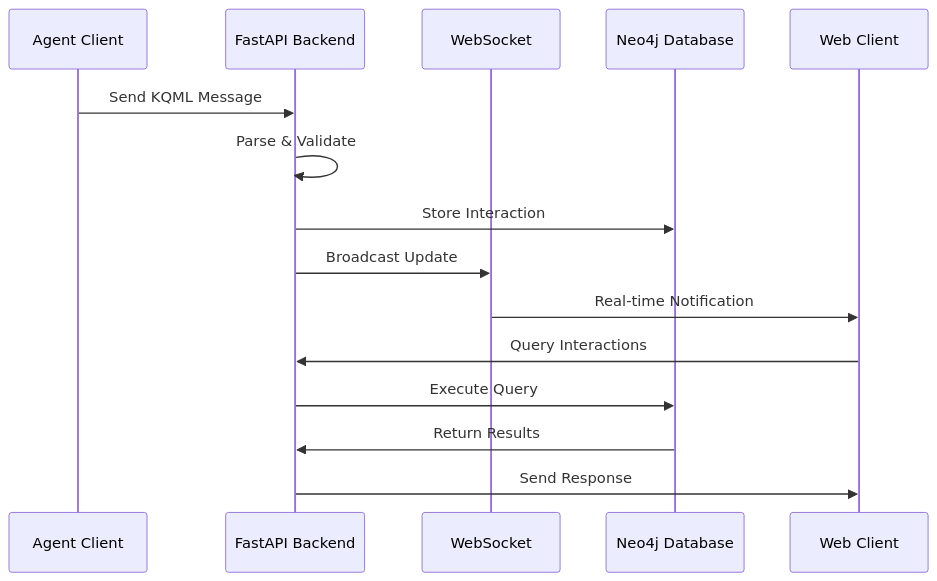
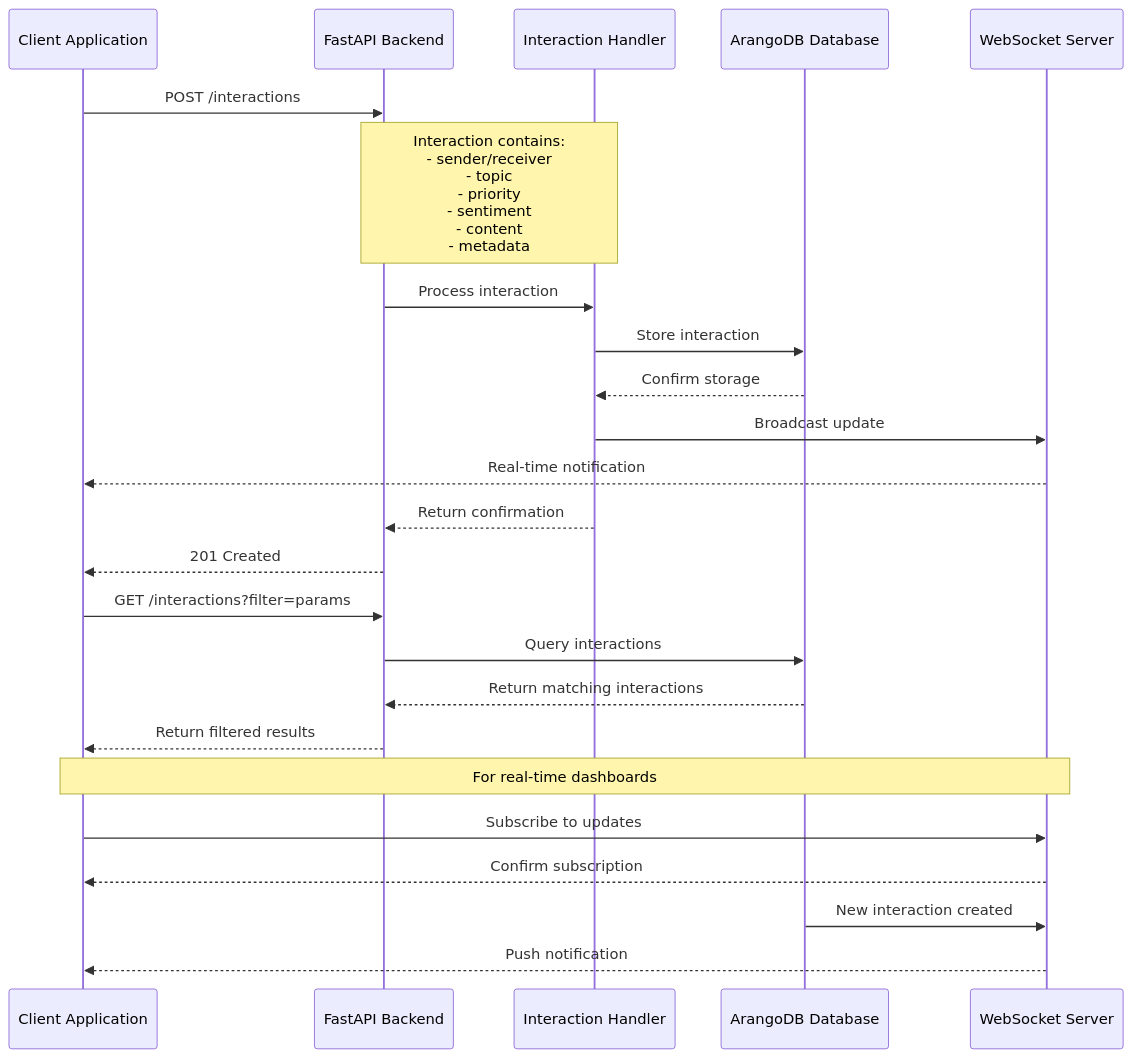
Before and after one commit to JtPerez-Acle/NeuroSpark: the third of 6 diagrams in README.md, drawn with Mermaid. The commit also changed other lines of this file and 45 other files, not shown here.

````diff
--- a/README.md
+++ b/README.md
@@ -230,19 +112,30 @@
 ```mermaid
 sequenceDiagram
-    participant Agent as Agent Client
+    participant Client as Client Application
     participant API as FastAPI Backend
-    participant WS as WebSocket
-    participant DB as Neo4j Database
-    participant Client as Web Client
-
-    Agent->>API: Send KQML Message
-    API->>API: Parse & Validate
-    API->>DB: Store Interaction
-    API->>WS: Broadcast Update
-    WS->>Client: Real-time Notification
+    participant Handler as Interaction Handler
+    participant DB as ArangoDB Database
+    participant WS as WebSocket Server
     
-    Client->>API: Query Interactions
-    API->>DB: Execute Query
-    DB->>API: Return Results
-    API->>Client: Send Response
+    Client->>API: POST /interactions
+    Note over API,Handler: Interaction contains:<br>- sender/receiver<br>- topic<br>- priority<br>- sentiment<br>- content<br>- metadata
+    
+    API->>Handler: Process interaction
+    Handler->>DB: Store interaction
+    DB-->>Handler: Confirm storage
+    Handler->>WS: Broadcast update
+    WS-->>Client: Real-time notification
+    Handler-->>API: Return confirmation
+    API-->>Client: 201 Created
+    
+    Client->>API: GET /interactions?filter=params
+    API->>DB: Query interactions
+    DB-->>API: Return matching interactions
+    API-->>Client: Return filtered results
+    
+    Note over Client,WS: For real-time dashboards
+    Client->>WS: Subscribe to updates
+    WS-->>Client: Confirm subscription
+    DB->>WS: New interaction created
+    WS-->>Client: Push notification
 ```
````
